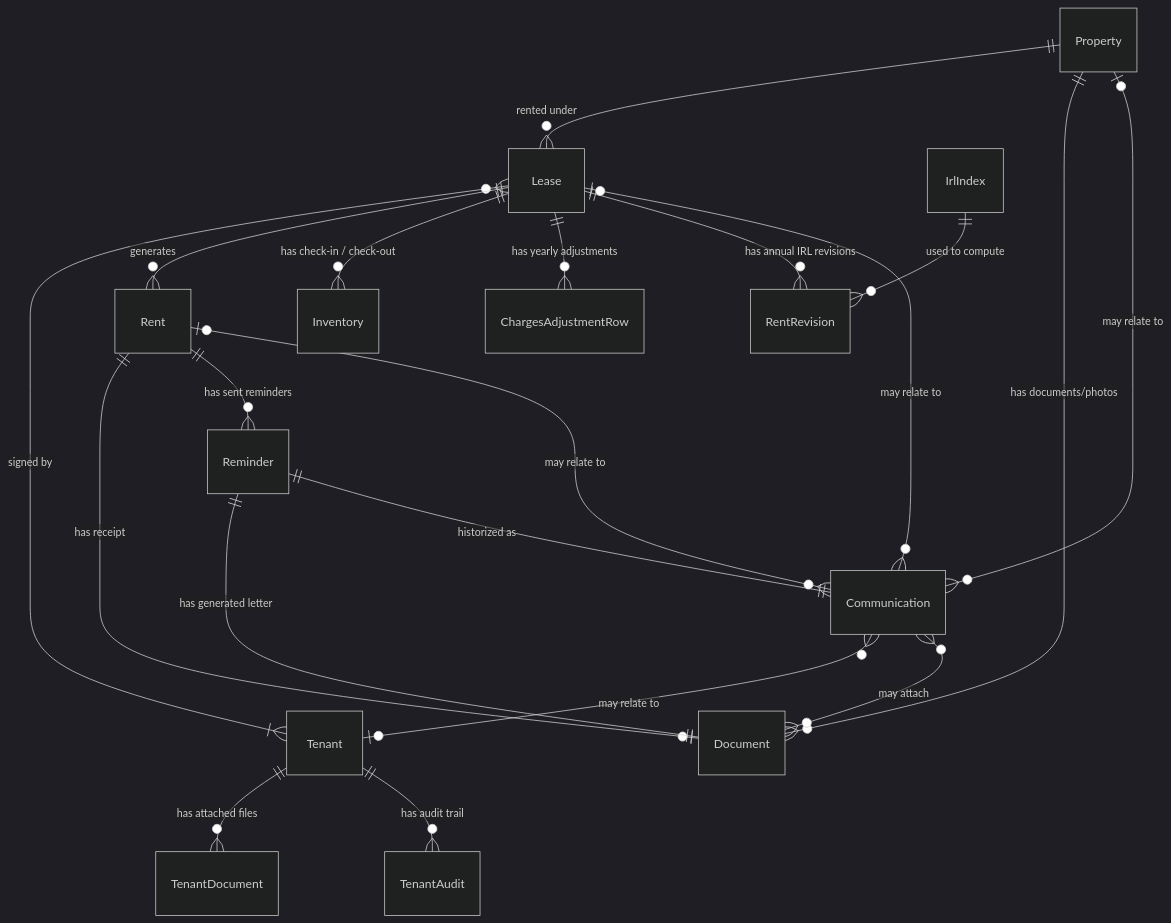
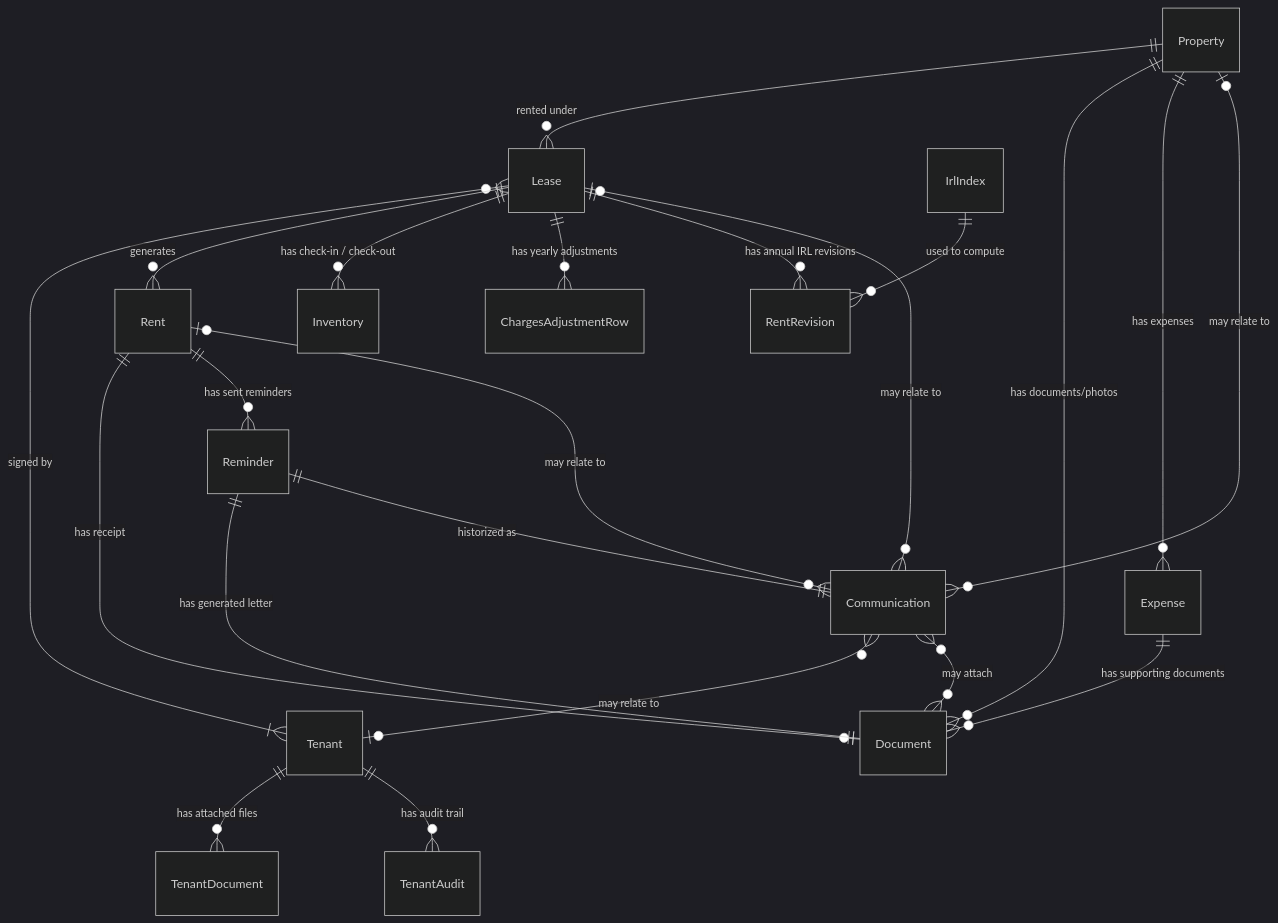
Before and after one commit to stalina/locapilot: the first of 2 diagrams in docs/specs/_index.md, drawn with Mermaid (dark theme). The commit also changed other lines of this file and 4 other files, not shown here.

First line of the commit message:
docs(specs): specify landlord expenses tracking and property profitability (#47)

````diff
--- a/docs/specs/_index.md
+++ b/docs/specs/_index.md
@@ -26,22 +27,24 @@
 ```mermaid
 erDiagram
     Property ||--o{ Lease : "rented under"
     Lease }o--|{ Tenant : "signed by"
     Lease ||--o{ Rent : "generates"
     Lease ||--o{ Inventory : "has check-in / check-out"
     Lease ||--o{ ChargesAdjustmentRow : "has yearly adjustments"
     Lease ||--o{ RentRevision : "has annual IRL revisions"
     IrlIndex ||--o{ RentRevision : "used to compute"
     Property ||--o{ Document : "has documents/photos"
+    Property ||--o{ Expense : "has expenses"
+    Expense ||--o{ Document : "has supporting documents"
     Tenant ||--o{ TenantDocument : "has attached files"
     Tenant ||--o{ TenantAudit : "has audit trail"
     Rent ||--o| Document : "has receipt"
     Rent ||--o{ Reminder : "has sent reminders"
     Reminder ||--|| Document : "has generated letter"
     Reminder ||--|| Communication : "historized as"
     Communication }o--o| Property : "may relate to"
     Communication }o--o| Tenant : "may relate to"
     Communication }o--o| Lease : "may relate to"
     Communication }o--o| Rent : "may relate to"
     Communication }o--o{ Document : "may attach"
 ```
````
